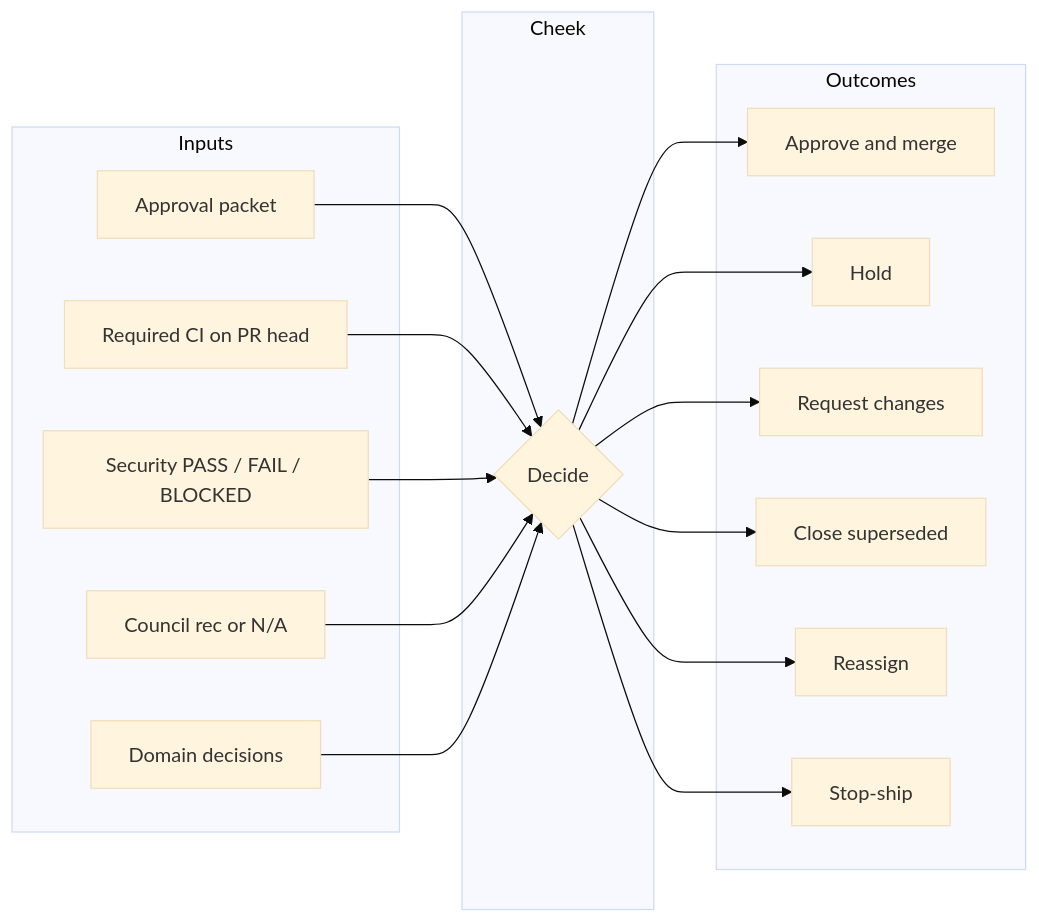
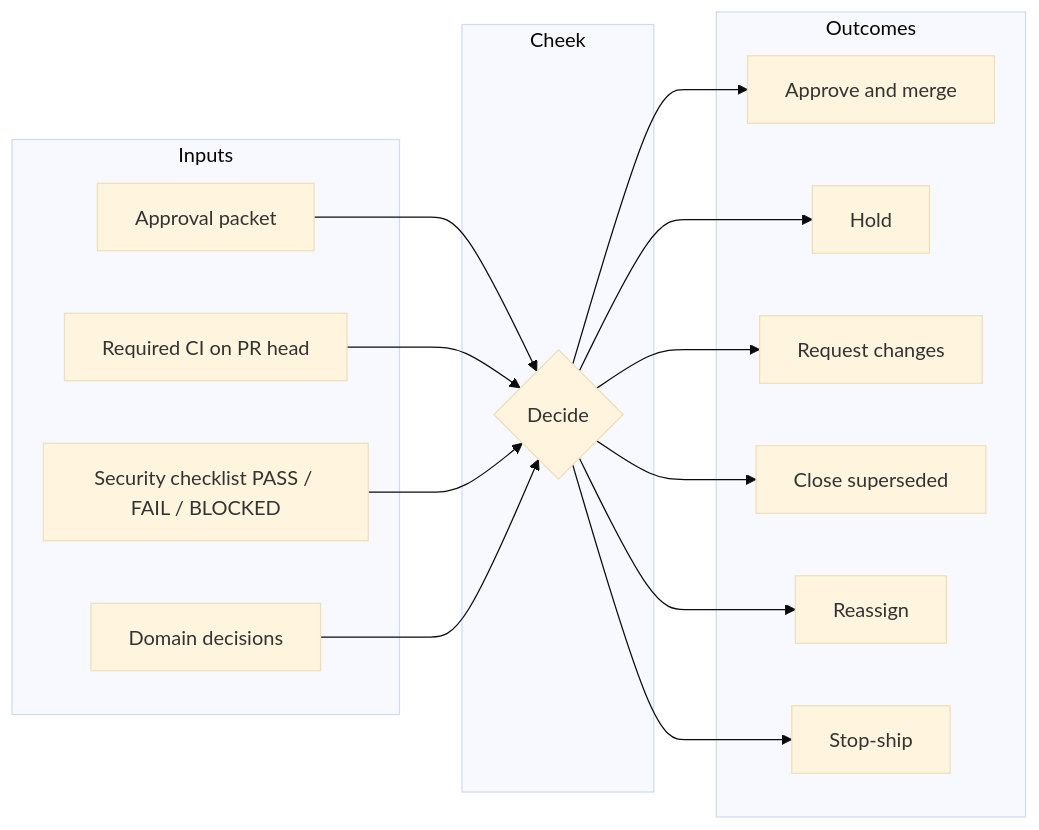
The third of 4 diagrams in docs/agents/cheek-approval-workflow.md (Verdant-OS/verdant-grow-diary), drawn with Mermaid (base theme) before and after one commit. The commit also changed other lines of this file and 52 other files, not shown here.

````diff
--- a/docs/agents/cheek-approval-workflow.md
+++ b/docs/agents/cheek-approval-workflow.md
@@ -426,35 +420,33 @@
 ```mermaid
 flowchart LR
   subgraph inputs["Inputs"]
     P["Approval packet"]
     CI["Required CI on PR head"]
-    S["Security PASS / FAIL / BLOCKED"]
-    C["Council rec or N/A"]
+    S["Security checklist PASS / FAIL / BLOCKED"]
     D["Domain decisions"]
   end
 
   subgraph decide["Cheek"]
     J{"Decide"}
   end
 
   subgraph out["Outcomes"]
     M["Approve and merge"]
     H["Hold"]
     R["Request changes"]
     X["Close superseded"]
     A["Reassign"]
     Z["Stop-ship"]
   end
 
   P --> J
   CI --> J
   S --> J
-  C --> J
   D --> J
   J --> M
   J --> H
   J --> R
   J --> X
   J --> A
   J --> Z
 ```
````
